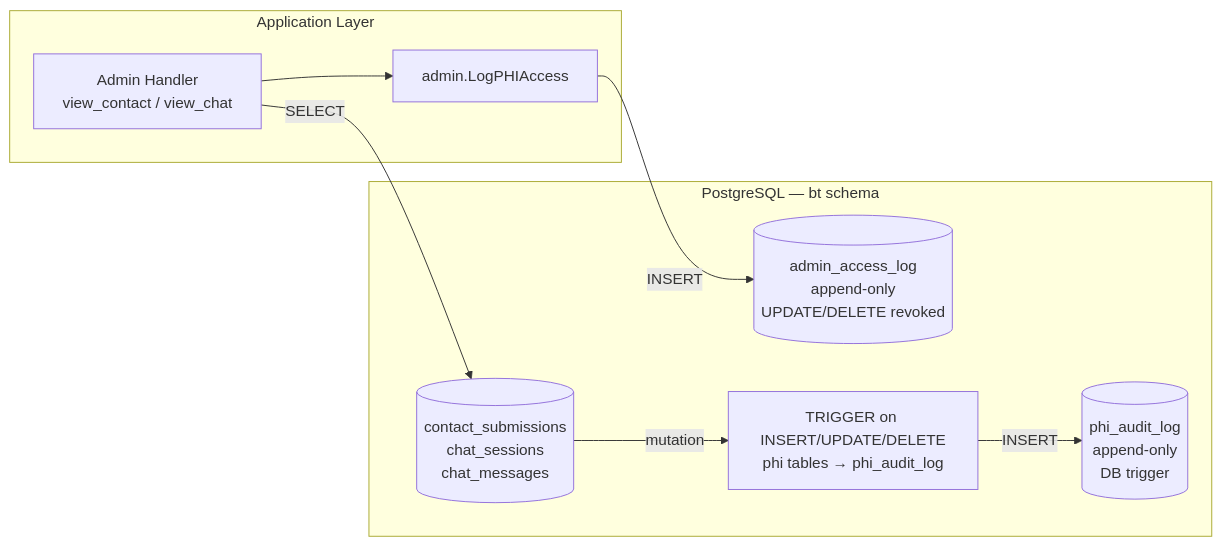
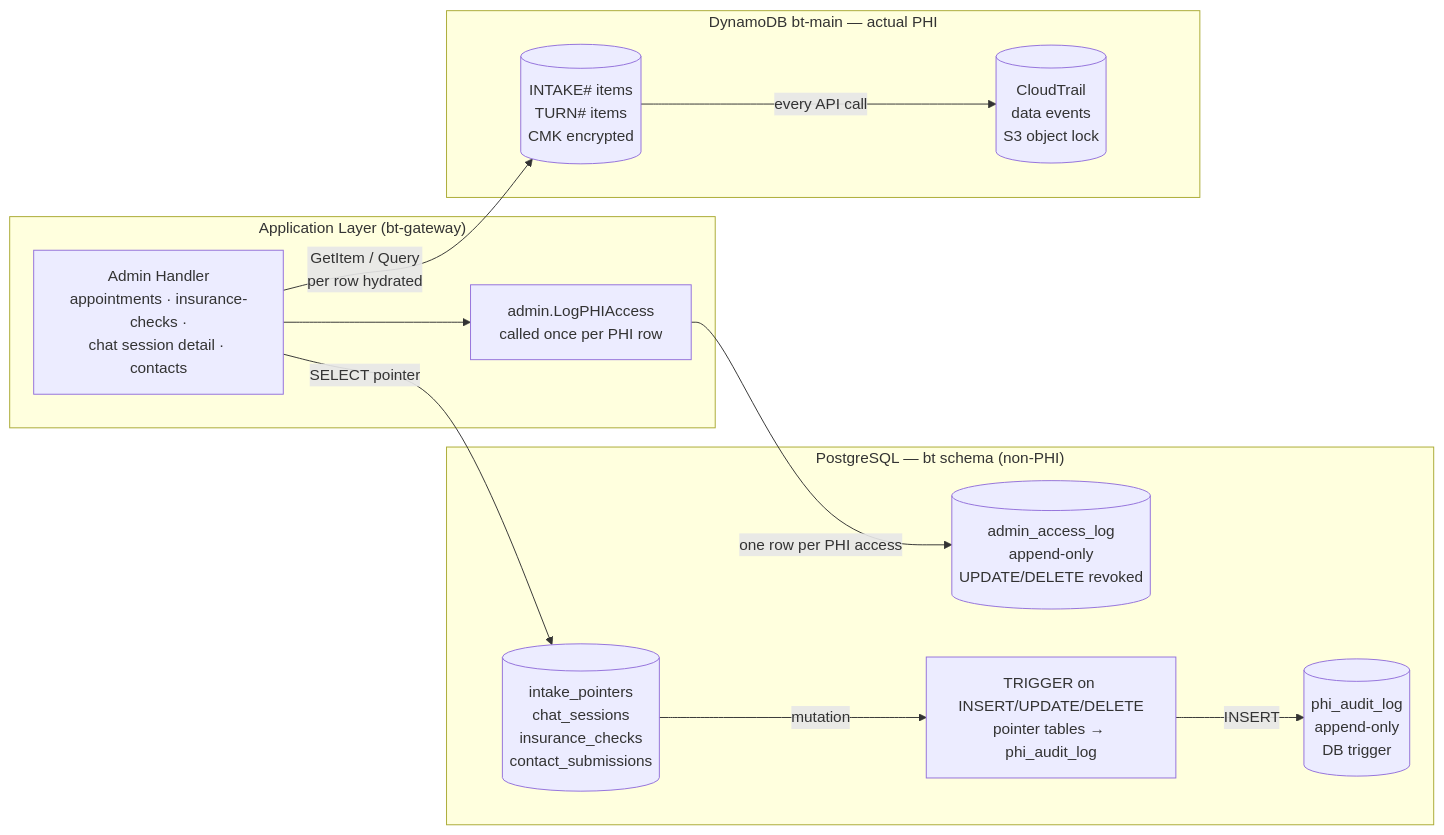
The ninth of 10 diagrams in README.md (shankasf/brightertomorrow), drawn with Mermaid before and after one commit. The commit also changed other lines of this file and 9 other files, not shown here.

First line of the commit message:
feat(hipaa): move chat transcripts off Postgres into DynamoDB

````diff
--- a/README.md
+++ b/README.md
@@ -504,20 +584,27 @@
 ```mermaid
 flowchart LR
-    subgraph App["Application Layer"]
-        H[Admin Handler<br/>view_contact / view_chat]
-        AL[admin.LogPHIAccess]
+    subgraph App["Application Layer (bt-gateway)"]
+        H[Admin Handler<br/>appointments · insurance-checks ·<br/>chat session detail · contacts]
+        AL[admin.LogPHIAccess<br/>called once per PHI row]
     end
 
-    subgraph DB["PostgreSQL — bt schema"]
-        PHI[(contact_submissions<br/>chat_sessions<br/>chat_messages)]
+    subgraph DB["PostgreSQL — bt schema (non-PHI)"]
+        PTR[(intake_pointers<br/>chat_sessions<br/>insurance_checks<br/>contact_submissions)]
         AAL[(admin_access_log<br/>append-only<br/>UPDATE/DELETE revoked)]
         PAL[(phi_audit_log<br/>append-only<br/>DB trigger)]
-        TR[TRIGGER on INSERT/UPDATE/DELETE<br/>phi tables → phi_audit_log]
+        TR[TRIGGER on INSERT/UPDATE/DELETE<br/>pointer tables → phi_audit_log]
     end
 
-    H -->|SELECT| PHI
+    subgraph AWS["DynamoDB bt-main — actual PHI"]
+        DDB[(INTAKE# items<br/>TURN# items<br/>CMK encrypted)]
+        CT[(CloudTrail<br/>data events<br/>S3 object lock)]
+    end
+
+    H -->|SELECT pointer| PTR
+    H -->|GetItem / Query<br/>per row hydrated| DDB
     H --> AL
-    AL -->|INSERT| AAL
-    PHI -->|mutation| TR
+    AL -->|one row per PHI access| AAL
+    PTR -->|mutation| TR
     TR -->|INSERT| PAL
+    DDB -->|every API call| CT
 ```
````
